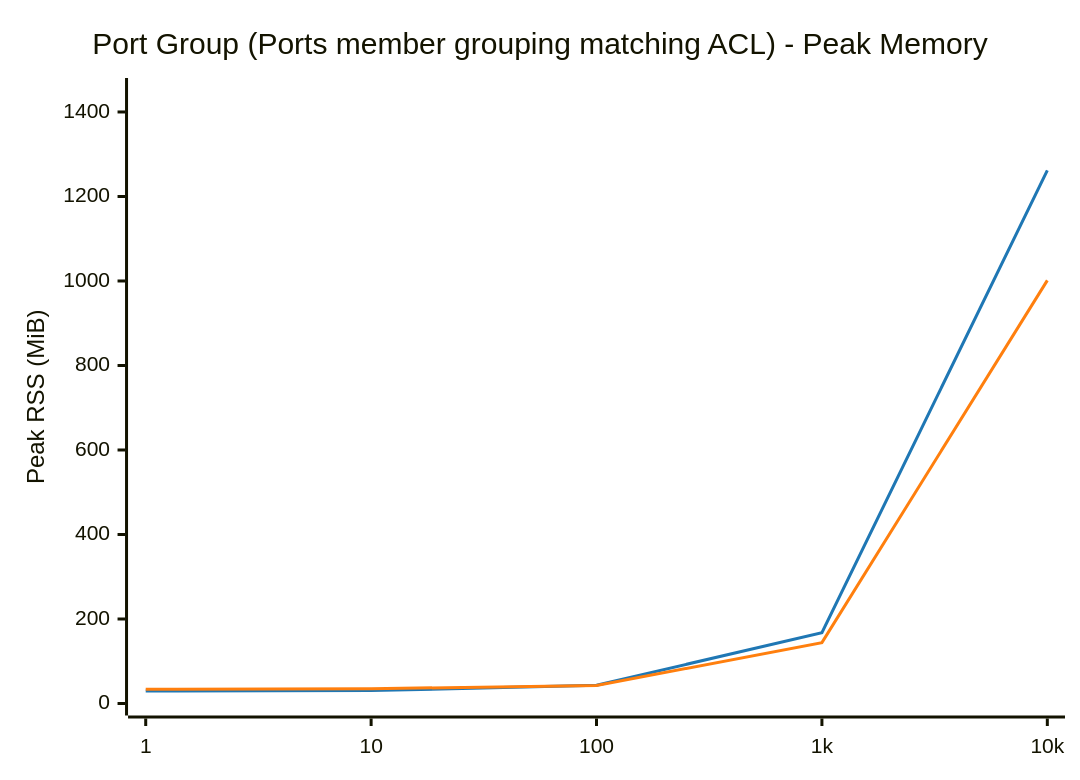
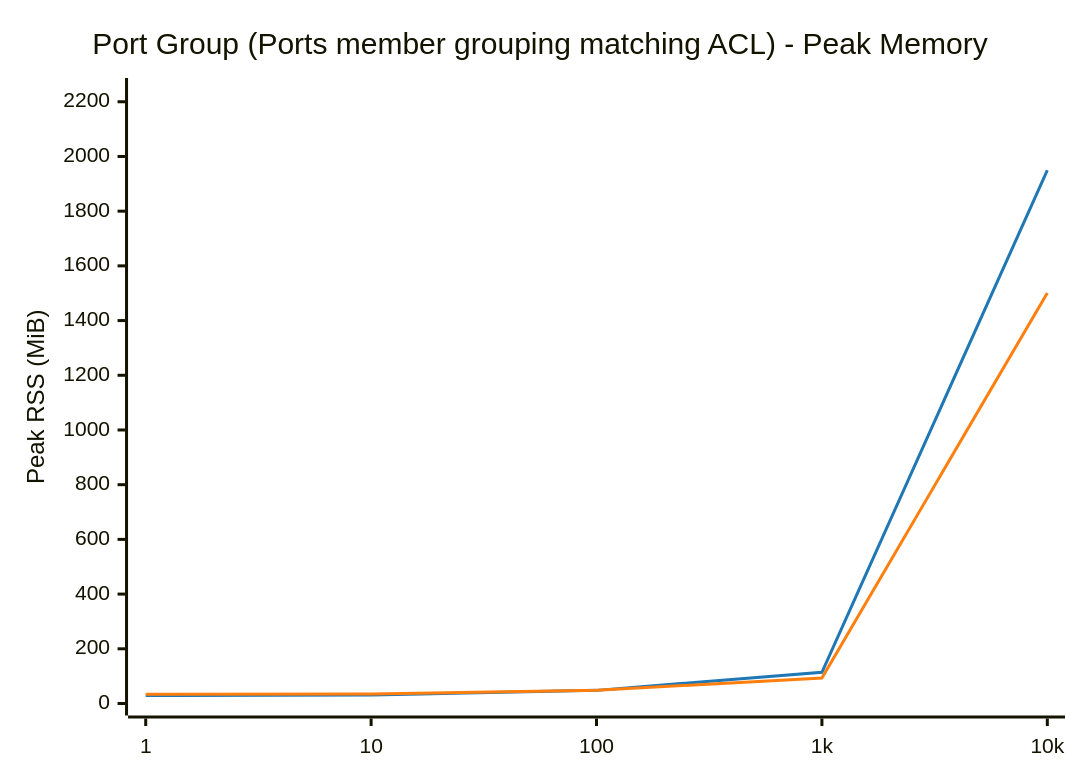
Before and after one commit to LionelJouin/ovs-ovn-bench: the eighth of 14 diagrams in results/BENCHMARK_REPORT.md, drawn with Mermaid. The commit also changed other lines of this file and 4 other files, not shown here.

````diff
--- a/results/BENCHMARK_REPORT.md
+++ b/results/BENCHMARK_REPORT.md
@@ -501,14 +501,14 @@
 ```mermaid
 ---
 config:
     themeVariables:
         xyChart:
             plotColorPalette: "#1f77b4, #ff7f0e"
 ---
 xychart-beta
     title "Port Group (Ports member grouping matching ACL) - Peak Memory"
     x-axis ["1", "10", "100", "1k", "10k"]
-    y-axis "Peak RSS (MiB)" 0 --> 1452
-    line "glibc malloc" [29.3, 30.5, 43.1, 167.6, 1261.8]
-    line "jemalloc" [33.5, 34.9, 42.7, 144.0, 1001.5]
+    y-axis "Peak RSS (MiB)" 0 --> 2243
+    line "glibc malloc" [29.3, 31.0, 48.0, 114.2, 1949.6]
+    line "jemalloc" [33.4, 35.0, 48.5, 93.3, 1500.8]
 ```
````
